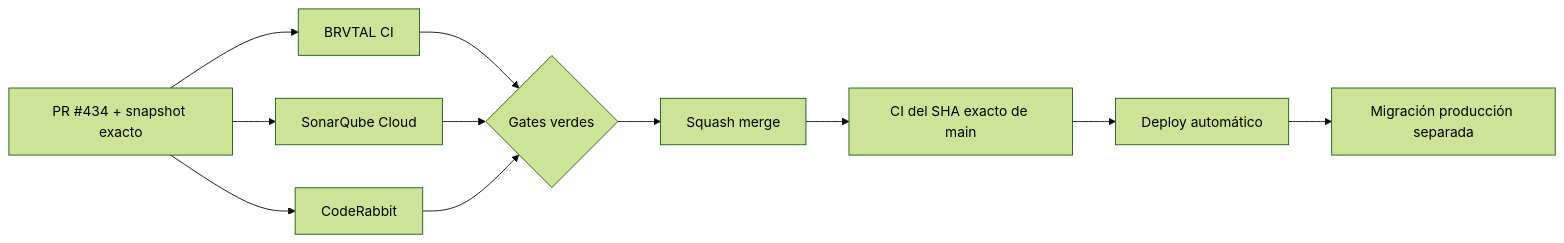
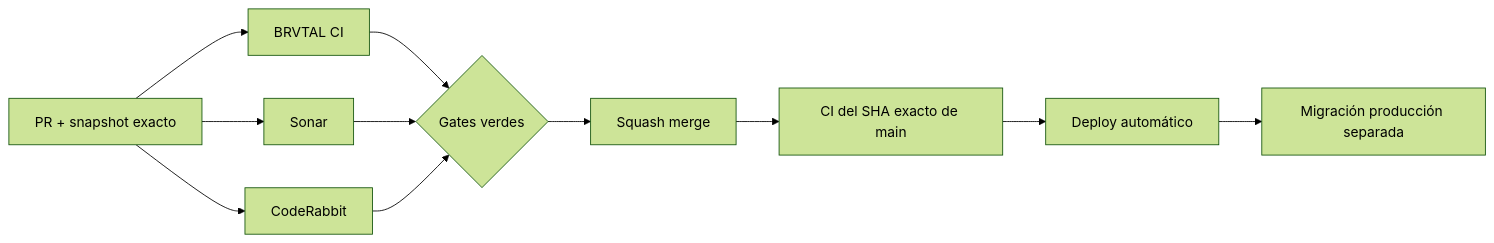
Before and after one commit to pl0n3r/brvtal: the diagram in README.md, drawn with Mermaid (forest theme).

Commit message:
docs: match canonical visual deploy markers

````diff
--- a/README.md
+++ b/README.md
@@ -31,13 +31,13 @@
 ```mermaid
 flowchart LR
-    A["PR #434 + snapshot exacto"] --> B["BRVTAL CI"]
-    A --> C["SonarQube Cloud"]
+    A["PR + snapshot exacto"] --> B["BRVTAL CI"]
+    A --> C["Sonar"]
     A --> D["CodeRabbit"]
     B --> E{"Gates verdes"}
     C --> E
     D --> E
     E --> F["Squash merge"]
     F --> G["CI del SHA exacto de main"]
     G --> H["Deploy automático"]
     H --> I["Migración producción separada"]
 ```
````
